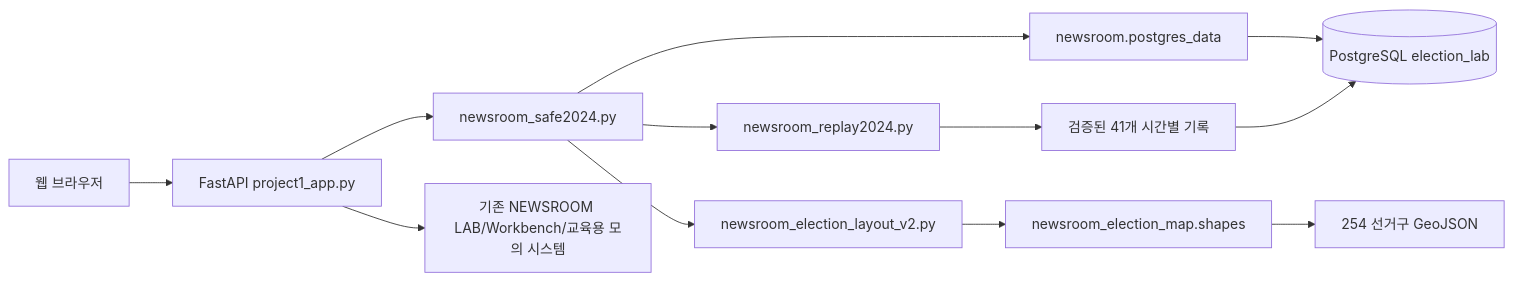
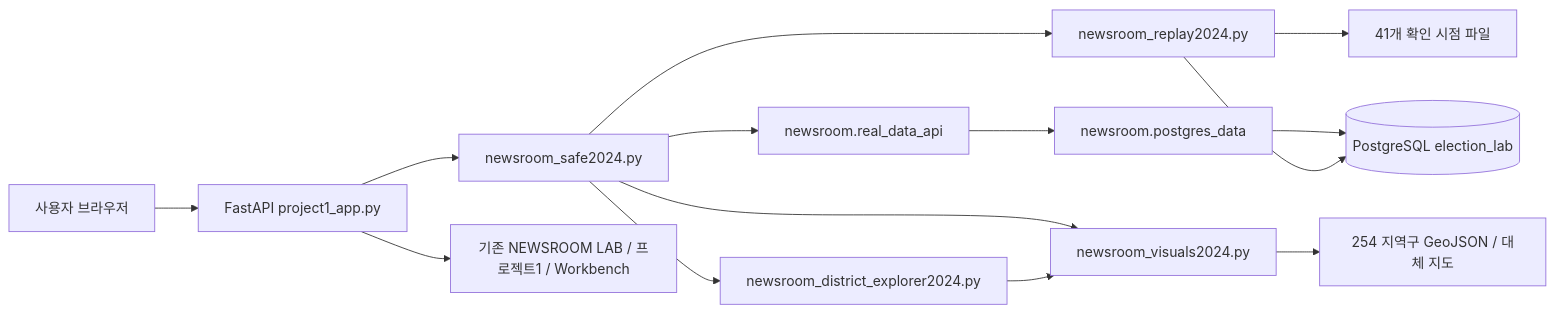
One commit to vote2024kr/election2024-newsroom changed the diagram in PROJECT1_ELECTION_RAG_INTEGRATED_V1/docs/V5_시스템아키텍처_20261124.md. Above: the diagram before and after it, drawn with Mermaid. The commit also changed other lines of this file and 20 other files, not shown here.

Commit message:
docs(v5): finalize 2024 election dashboard deliverables, architecture, UI, API, QA and README

````diff
--- a/PROJECT1_ELECTION_RAG_INTEGRATED_V1/docs/V5_시스템아키텍처_20261124.md
+++ b/PROJECT1_ELECTION_RAG_INTEGRATED_V1/docs/V5_시스템아키텍처_20261124.md
@@ -4,14 +4,16 @@
-```mermaid
+~~~mermaid
 flowchart LR
-  Browser[웹 브라우저] --> FastAPI[FastAPI project1_app.py]
-  FastAPI --> Safe[newsroom_safe2024.py]
-  Safe --> Replay[newsroom_replay2024.py]
-  Safe --> Layout[newsroom_election_layout_v2.py]
-  Layout --> Shape[newsroom_election_map.shapes]
-  Shape --> Geo[254 선거구 GeoJSON]
-  Safe --> Adapter[newsroom.postgres_data]
-  Adapter --> DB[(PostgreSQL election_lab)]
-  Replay --> Archive[검증된 41개 시간별 기록]
-  Archive --> DB
-  FastAPI --> Legacy[기존 NEWSROOM LAB/Workbench/교육용 모의 시스템]
-```
+ U["사용자 브라우저"] --> APP["FastAPI project1_app.py"]
+ APP --> SAFE["newsroom_safe2024.py"]
+ SAFE --> REPLAY["newsroom_replay2024.py"]
+ SAFE --> EXPLORER["newsroom_district_explorer2024.py"]
+ SAFE --> VIS["newsroom_visuals2024.py"]
+ EXPLORER --> VIS
+ VIS --> GEO["254 지역구 GeoJSON / 대체 지도"]
+ SAFE --> API["newsroom.real_data_api"]
+ API --> DB["newsroom.postgres_data"]
+ DB --> PG[("PostgreSQL election_lab")]
+ REPLAY --> OBS["41개 확인 시점 파일"]
+ REPLAY --> PG
+ APP --> LEGACY["기존 NEWSROOM LAB / 프로젝트1 / Workbench"]
+~~~
````
